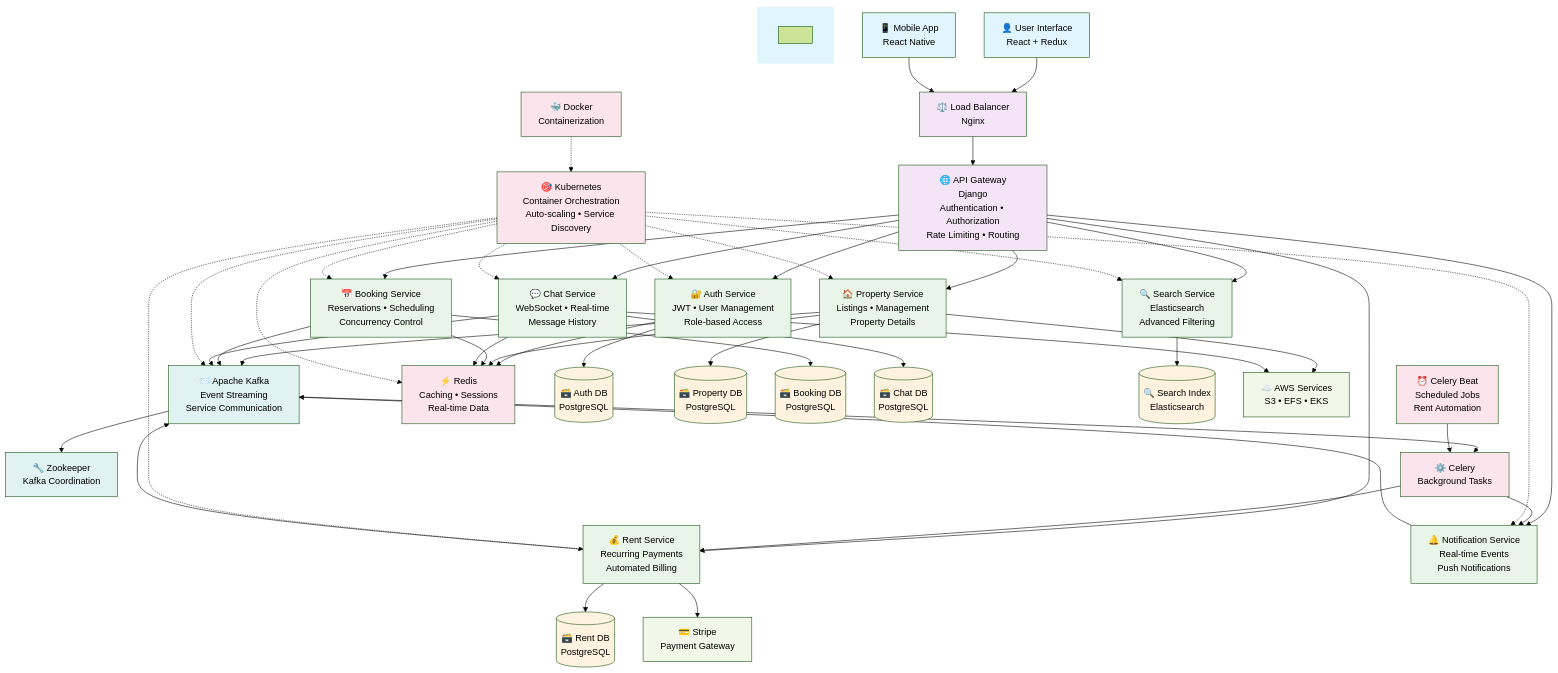
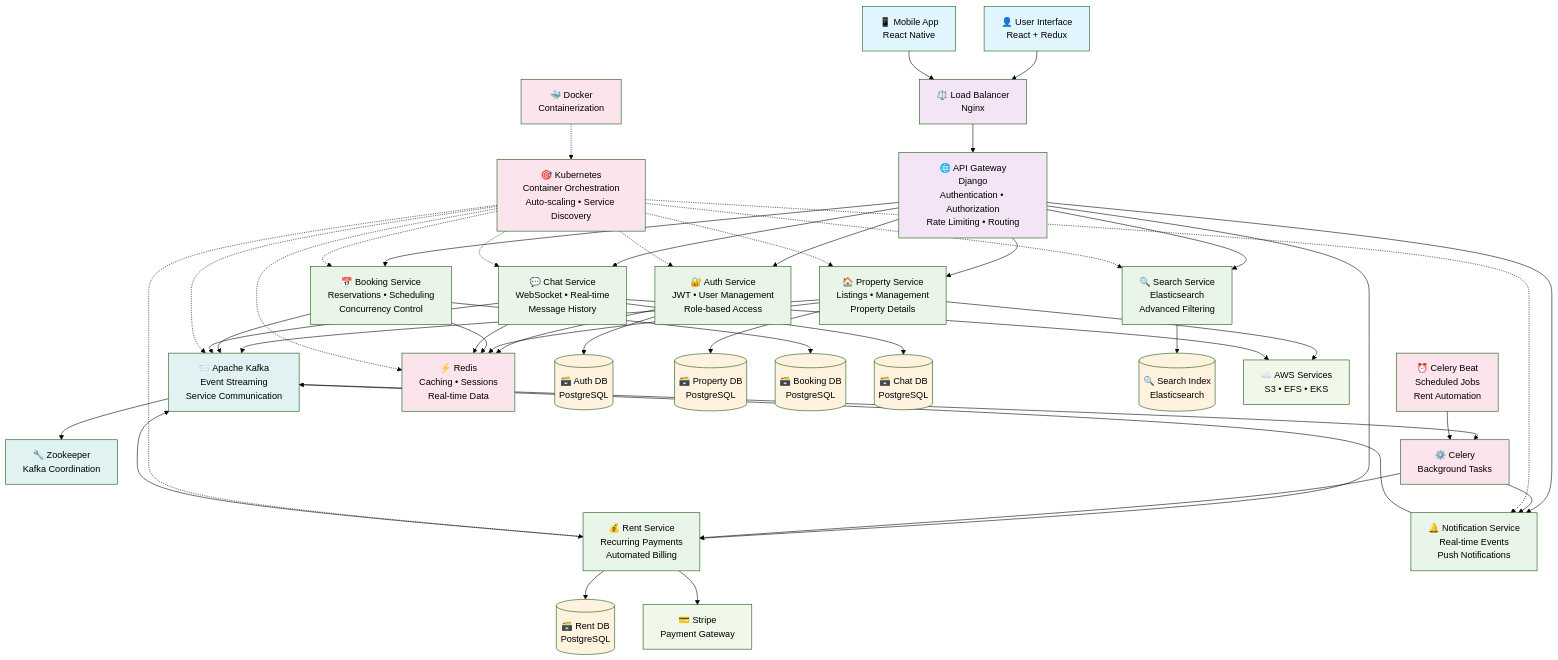
The diagram in README.md (AdilAbubacker/rentezy_backend), drawn with Mermaid (forest theme) before and after one commit.

````diff
--- a/README.md
+++ b/README.md
@@ -28,12 +28,7 @@
 ```mermaid
 
 graph TB
-  subgraph BG[ ]
-    style BG fill:#e1f5fe,stroke:none
-    __bg[ ] 
-  end
-
-  classDef foreground stroke:#333,fill:#fff;
+  
     %% User Layer
     User[👤 User Interface<br/>React + Redux]
     Mobile[📱 Mobile App<br/>React Native]
````
